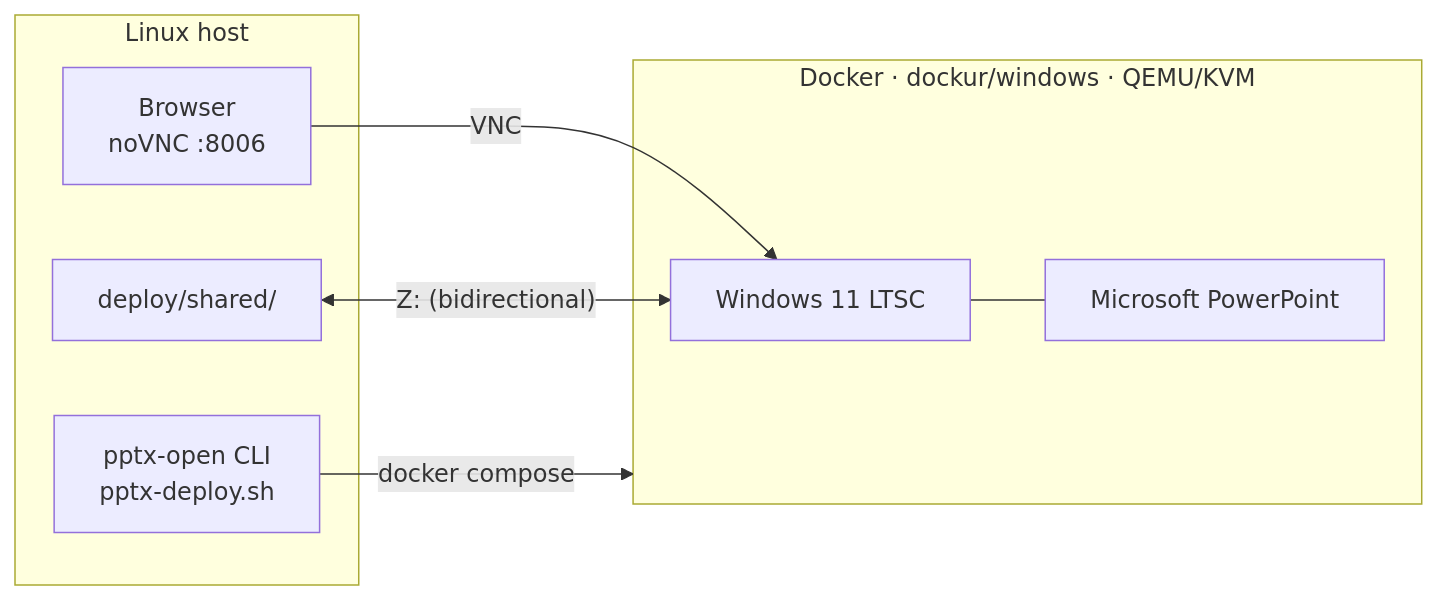
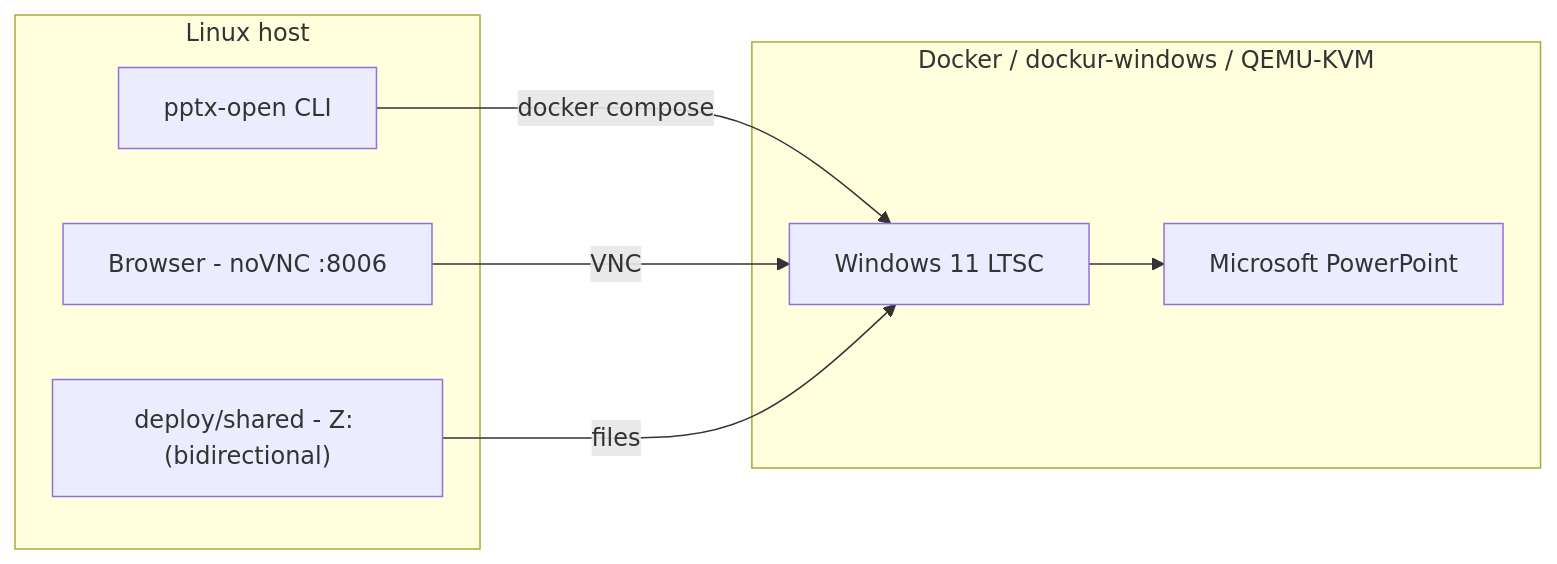
Before and after one commit to dexRand/365alFly: the diagram in README.md, drawn with Mermaid. The commit also changed 1 other file, not shown here.

Commit message:
docs: semplifica diagramma Mermaid (rimosso bidirectional con label e link a subgraph)

````diff
--- a/README.md
+++ b/README.md
@@ -52,16 +52,16 @@
 ```mermaid
 flowchart LR
   subgraph HOST["Linux host"]
-    CLI["pptx-open CLI<br/>pptx-deploy.sh"]
-    BR["Browser<br/>noVNC :8006"]
-    SH["deploy/shared/"]
+    CLI["pptx-open CLI"]
+    BR["Browser - noVNC :8006"]
+    SH["deploy/shared - Z: (bidirectional)"]
   end
-  subgraph CONT["Docker · dockur/windows · QEMU/KVM"]
+  subgraph CONT["Docker / dockur-windows / QEMU-KVM"]
     WIN["Windows 11 LTSC"]
     PP["Microsoft PowerPoint"]
   end
-  CLI -- "docker compose" --> CONT
+  CLI -- "docker compose" --> WIN
   BR -- "VNC" --> WIN
-  SH <-- "Z: (bidirectional)" --> WIN
-  WIN --- PP
+  SH -- "files" --> WIN
+  WIN --> PP
 ```
````
